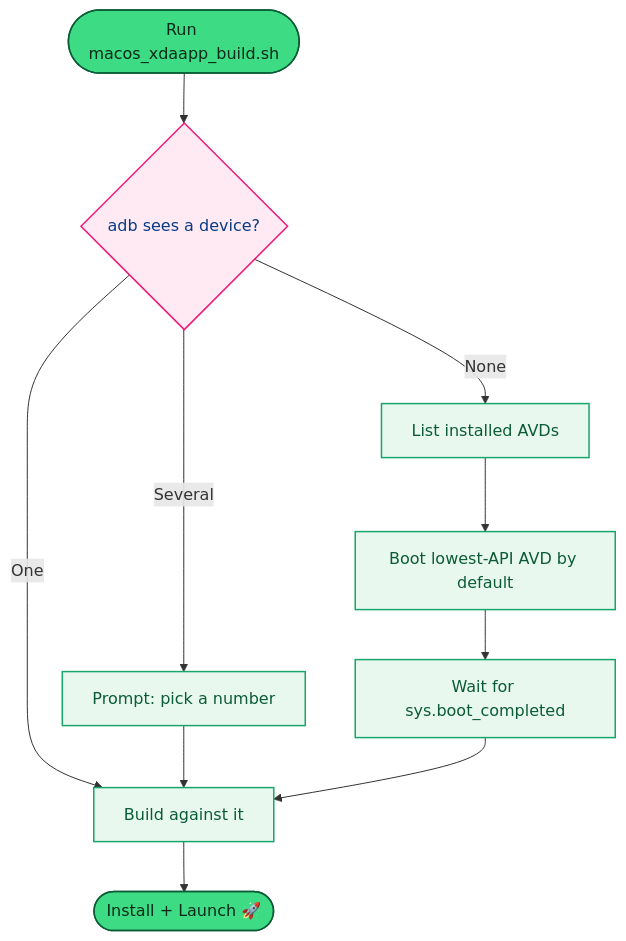
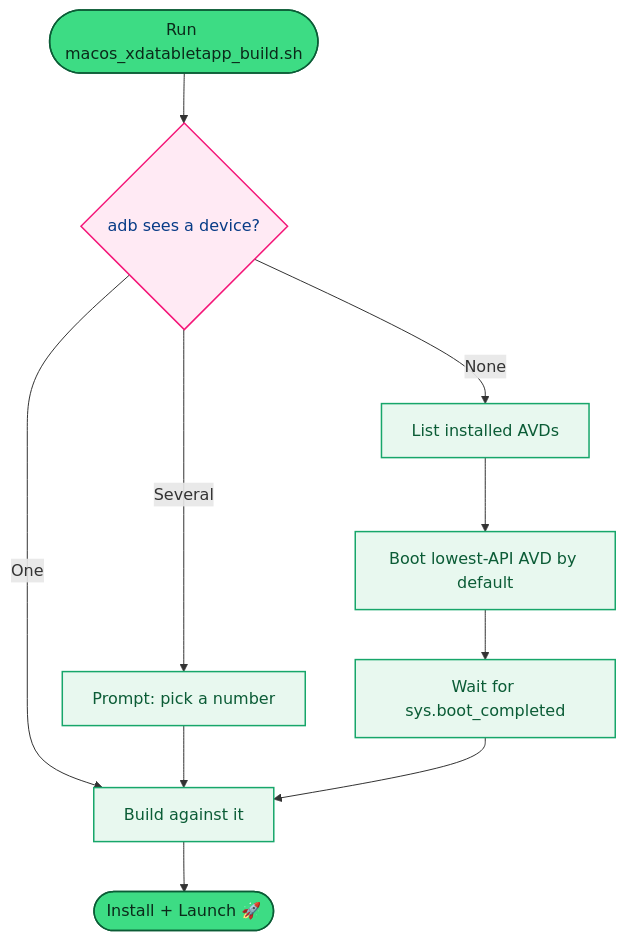
The diagram in lxc-myhealthhub-xdatablet/README.md (Sage2vish/lxc-myrecords), drawn with Mermaid before and after one commit. The commit also changed other lines of this file and 9 other files, not shown here.

````diff
--- a/lxc-myhealthhub-xdatablet/README.md
+++ b/lxc-myhealthhub-xdatablet/README.md
@@ -60,19 +66,19 @@
 ```mermaid
 flowchart TD
-    A([Run macos_xdaapp_build.sh]) --> B{adb sees a device?}
+    A([Run macos_xdatabletapp_build.sh]) --> B{adb sees a device?}
     B -->|One| C[Build against it]
     B -->|Several| D[Prompt: pick a number]
     D --> C
     B -->|None| E[List installed AVDs]
     E --> F[Boot lowest-API AVD by default]
     F --> G[Wait for sys.boot_completed]
     G --> C
     C --> H([Install + Launch 🚀])
 
     classDef step fill:#E8F8EF,stroke:#17A66A,color:#0B5C36,stroke-width:1.5px
     classDef decision fill:#FFEAF4,stroke:#F41678,color:#073B86,stroke-width:1.5px
     classDef terminal fill:#3DDC84,stroke:#0B5C36,color:#0B2A1A,stroke-width:1.5px
     class C,D,E,F,G step
     class B decision
     class A,H terminal
 ```
````
